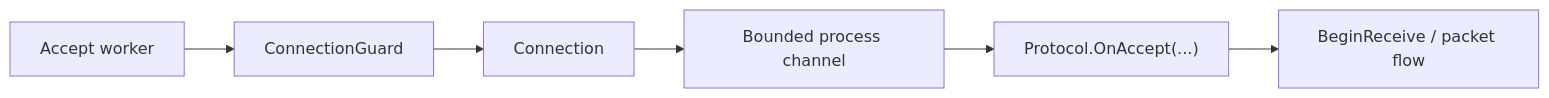
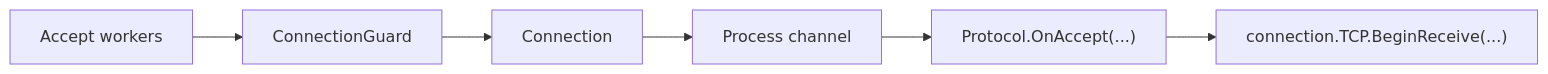
Before and after one commit to ppn-systems/Nalix: the diagram in docs/api/network/tcp-listener.md, drawn with Mermaid. The commit also changed other lines of this file and 75 other files, not shown here.

````diff
--- a/docs/api/network/tcp-listener.md
+++ b/docs/api/network/tcp-listener.md
@@ -11,8 +34,8 @@
 ```mermaid
 flowchart LR
-    A["Accept worker"] --> B["ConnectionGuard"]
+    A["Accept workers"] --> B["ConnectionGuard"]
     B --> C["Connection"]
-    C --> D["Bounded process channel"]
+    C --> D["Process channel"]
     D --> E["Protocol.OnAccept(...)"]
-    E --> F["BeginReceive / packet flow"]
+    E --> F["connection.TCP.BeginReceive(...)"]
 ```
````
